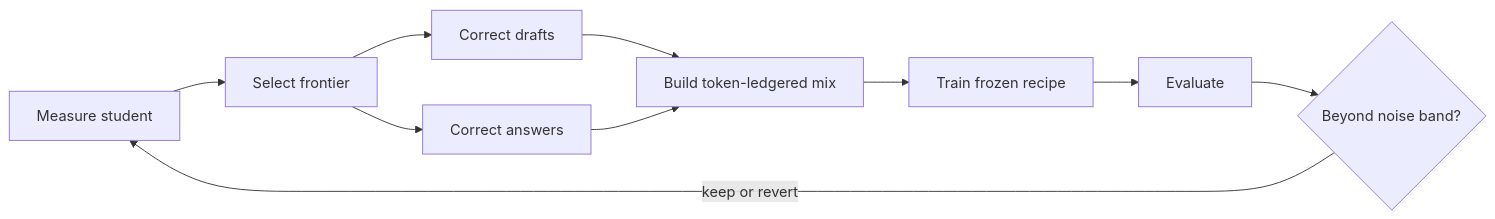
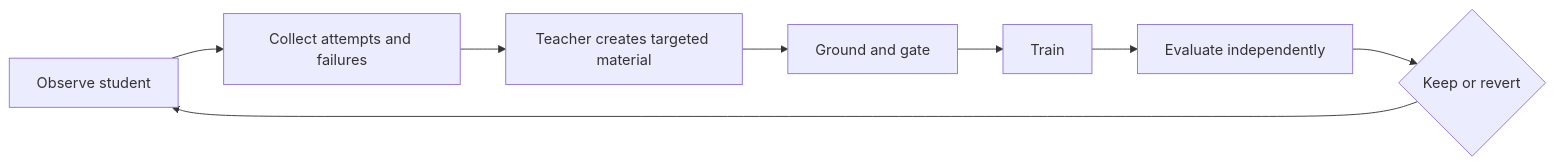
Before and after one commit to OpenNekaise/nekaise-studio: the diagram in README.md, drawn with Mermaid. The commit also changed other lines of this file and 1 other file, not shown here.

````diff
--- a/README.md
+++ b/README.md
@@ -44,12 +44,10 @@
 ```mermaid
 flowchart LR
-    S[Measure student] --> F[Select frontier]
-    F --> C[Correct drafts]
-    F --> Q[Correct answers]
-    C --> M[Build token-ledgered mix]
-    Q --> M
-    M --> T[Train frozen recipe]
-    T --> E[Evaluate]
-    E --> D{Beyond noise band?}
-    D -->|keep or revert| S
+    S[Observe student] --> B[Collect attempts and failures]
+    B --> T[Teacher creates targeted material]
+    T --> G[Ground and gate]
+    G --> R[Train]
+    R --> E[Evaluate independently]
+    E --> D{Keep or revert}
+    D --> S
 ```
````
